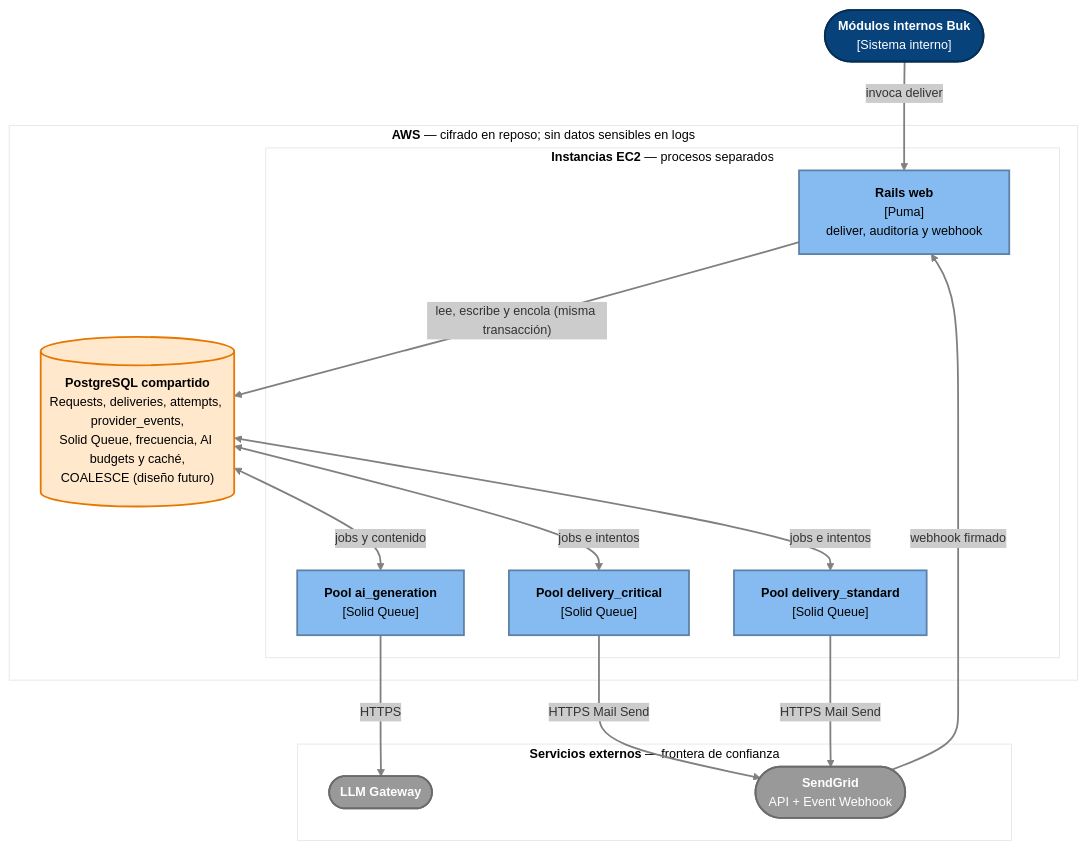
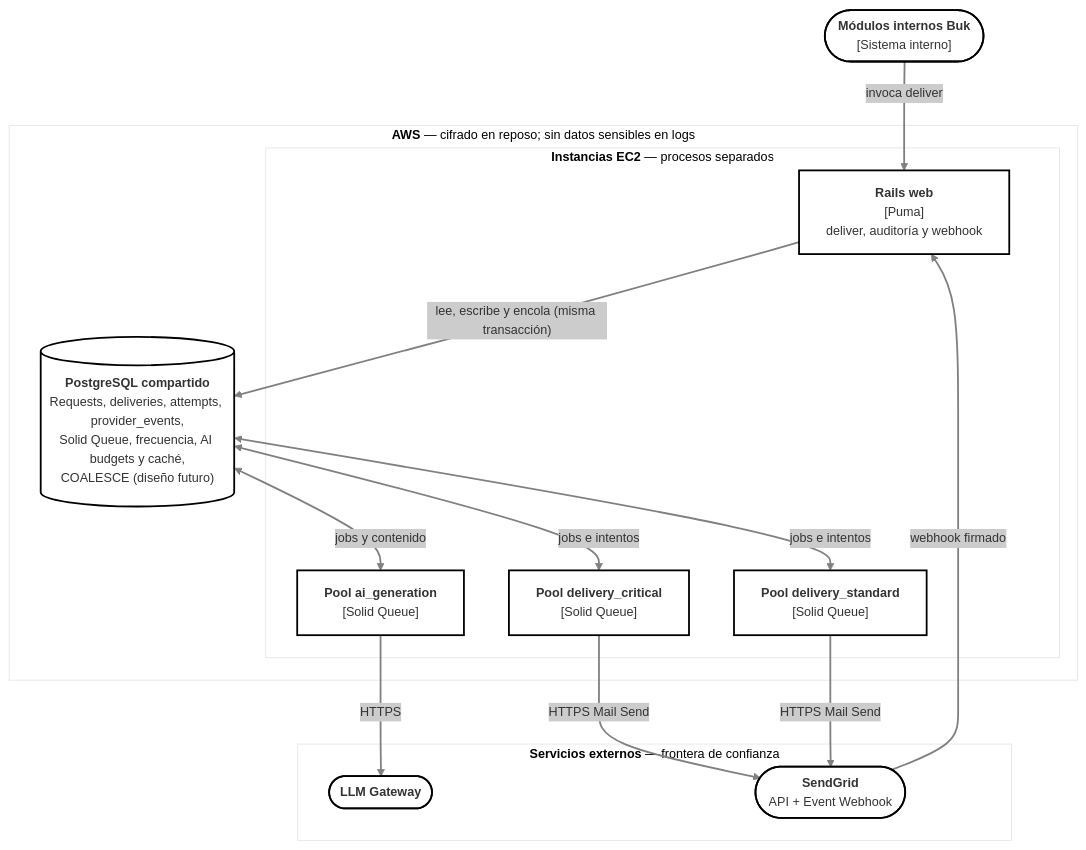
One commit to natha9404/codespaces-rails changed the diagram in app/assets/images/infraestructura.mmd. Above: the diagram before and after it, drawn with Mermaid. The commit also changed 9 other files, not shown here.

First line of the commit message:
Unificar estilo de los diagramas: tema neo y líneas grises

```diff
--- a/app/assets/images/infraestructura.mmd
+++ b/app/assets/images/infraestructura.mmd
@@ -1,38 +1,29 @@
 ---
 config:
   theme: neo
 ---
 flowchart TB
   Buk(["<b>Módulos internos Buk</b><br/>[Sistema interno]"])
   subgraph AWS["<b>AWS</b> — cifrado en reposo; sin datos sensibles en logs"]
     subgraph EC2["<b>Instancias EC2</b> — procesos separados"]
       WEB["<b>Rails web</b><br/>[Puma]<br/>deliver, auditoría y webhook"]
       WAI["<b>Pool ai_generation</b><br/>[Solid Queue]"]
       WCR["<b>Pool delivery_critical</b><br/>[Solid Queue]"]
       WST["<b>Pool delivery_standard</b><br/>[Solid Queue]"]
     end
     PG[("<b>PostgreSQL compartido</b><br/>Requests, deliveries, attempts, provider_events,<br/>Solid Queue, frecuencia, AI budgets y caché,<br/>COALESCE (diseño futuro)")]
   end
   subgraph EXT["<b>Servicios externos</b> — frontera de confianza"]
     SG(["<b>SendGrid</b><br/>API + Event Webhook"])
     LLM(["<b>LLM Gateway</b>"])
   end
   Buk -->|"invoca deliver"| WEB
   WEB -->|"lee, escribe y encola (misma transacción)"| PG
   PG <-->|"jobs y contenido"| WAI
   PG <-->|"jobs e intentos"| WCR
   PG <-->|"jobs e intentos"| WST
   WAI -->|"HTTPS"| LLM
   WCR -->|"HTTPS Mail Send"| SG
   WST -->|"HTTPS Mail Send"| SG
   SG -->|"webhook firmado"| WEB
-
-  classDef person fill:#08427b,stroke:#052e56,color:#ffffff
-  classDef node fill:#85bbf0,stroke:#5d82a8,color:#000000
-  classDef store fill:#ffe8cc,stroke:#e67700,color:#000000
-  classDef ext fill:#999999,stroke:#6b6b6b,color:#ffffff
-  class Buk person
-  class WEB,WAI,WCR,WST node
-  class PG store
-  class SG,LLM ext
   linkStyle default stroke:#808080
```
